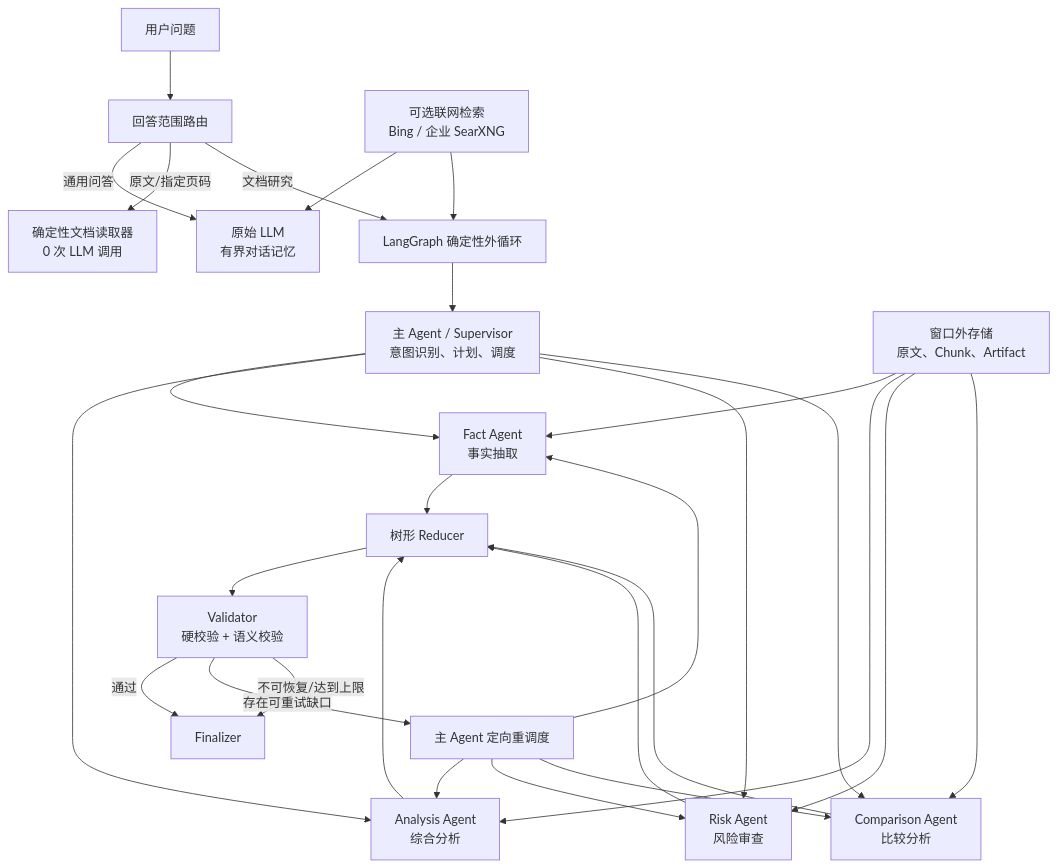
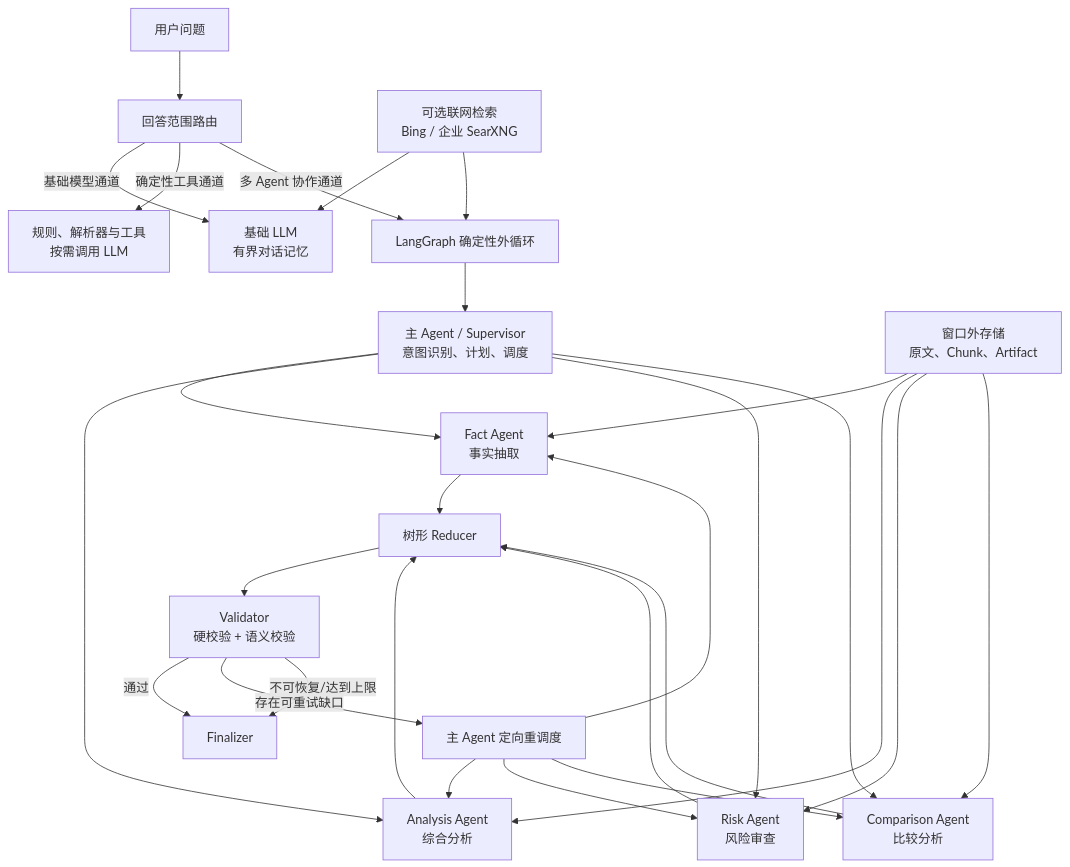
Before and after one commit to chilingche1111-blip/Muti-agent: the first of 2 diagrams in README.md, drawn with Mermaid. The commit also changed other lines of this file, not shown here.

````diff
--- a/README.md
+++ b/README.md
@@ -79,35 +79,35 @@
 ```mermaid
 flowchart TD
     U["用户问题"] --> R["回答范围路由"]
 
-    R -->|"通用问答"| G["原始 LLM\n有界对话记忆"]
-    R -->|"原文/指定页码"| P["确定性文档读取器\n0 次 LLM 调用"]
-    R -->|"文档研究"| L["LangGraph 确定性外循环"]
+    R -->|"基础模型通道"| G["基础 LLM\n有界对话记忆"]
+    R -->|"确定性工具通道"| P["规则、解析器与工具\n按需调用 LLM"]
+    R -->|"多 Agent 协作通道"| L["LangGraph 确定性外循环"]
 
     W["可选联网检索\nBing / 企业 SearXNG"] --> G
     W --> L
 
     L --> S["主 Agent / Supervisor\n意图识别、计划、调度"]
     S --> F["Fact Agent\n事实抽取"]
     S --> A["Analysis Agent\n综合分析"]
     S --> K["Risk Agent\n风险审查"]
     S --> C["Comparison Agent\n比较分析"]
 
     E["窗口外存储\n原文、Chunk、Artifact"] --> F
     E --> A
     E --> K
     E --> C
 
     F --> D["树形 Reducer"]
     A --> D
     K --> D
     C --> D
     D --> V["Validator\n硬校验 + 语义校验"]
     V -->|"通过"| Z["Finalizer"]
     V -->|"存在可重试缺口"| S2["主 Agent 定向重调度"]
     S2 --> F
     S2 --> A
     S2 --> K
     S2 --> C
     V -->|"不可恢复/达到上限"| Z
 ```
````
